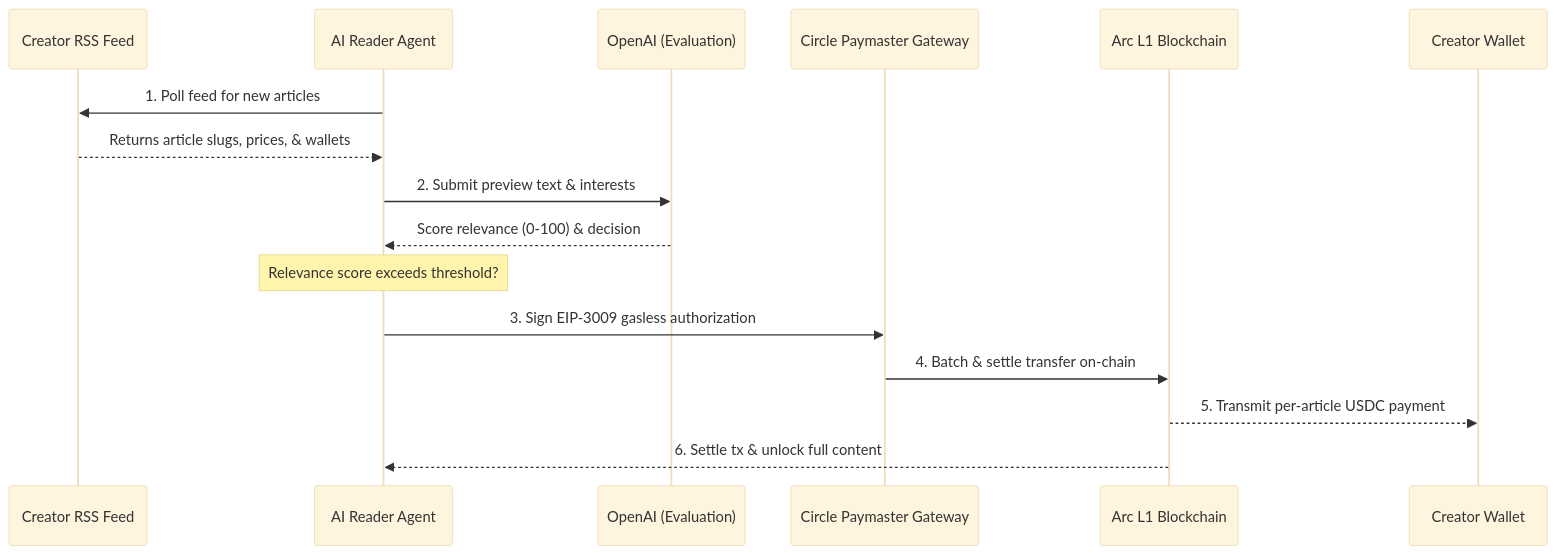
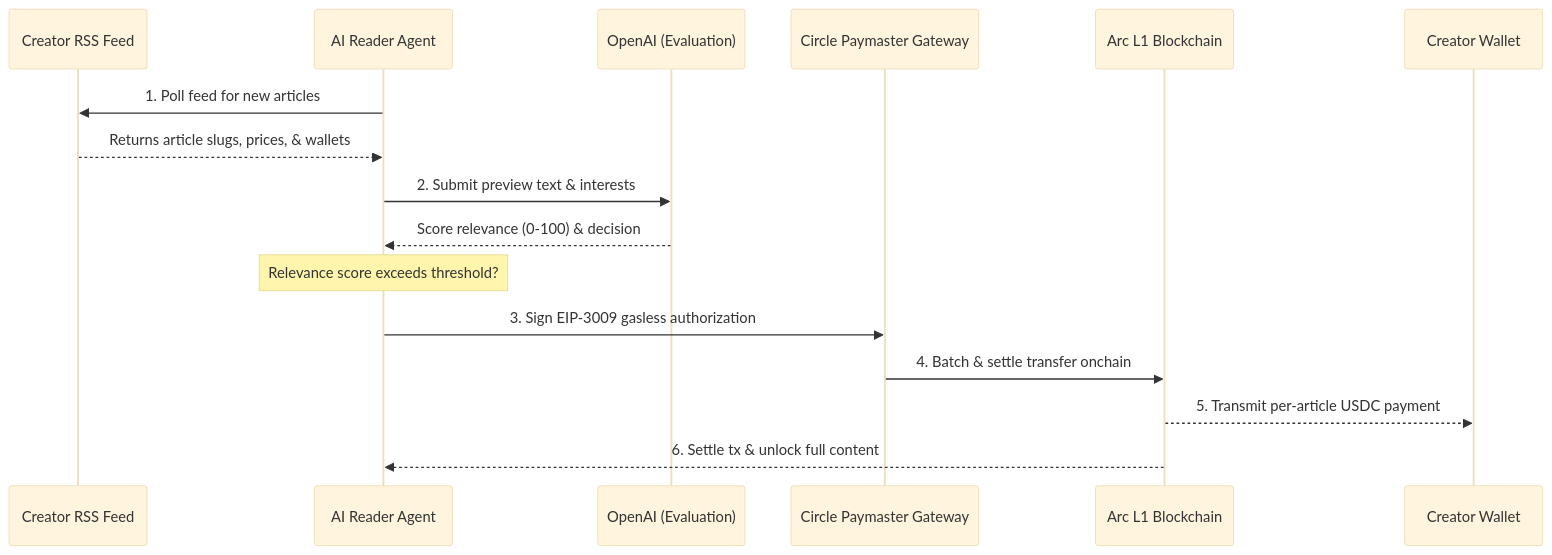
Before and after one commit to mrnetwork0001/Inktoll: the first of 2 diagrams in README.md, drawn with Mermaid (base theme). The commit also changed 15 other files, not shown here.

Commit message:
style: replace all occurrences of on-chain with onchain across the workspace

````diff
--- a/README.md
+++ b/README.md
@@ -67,19 +67,19 @@
 ```mermaid
 sequenceDiagram
     participant RSS as Creator RSS Feed
     participant Agent as AI Reader Agent
     participant LLM as OpenAI (Evaluation)
     participant Gateway as Circle Paymaster Gateway
     participant Chain as Arc L1 Blockchain
     participant Creator as Creator Wallet
 
     Agent->>RSS: 1. Poll feed for new articles
     RSS-->>Agent: Returns article slugs, prices, & wallets
     Agent->>LLM: 2. Submit preview text & interests
     LLM-->>Agent: Score relevance (0-100) & decision
     Note over Agent: Relevance score exceeds threshold?
     Agent->>Gateway: 3. Sign EIP-3009 gasless authorization
-    Gateway->>Chain: 4. Batch & settle transfer on-chain
+    Gateway->>Chain: 4. Batch & settle transfer onchain
     Chain-->>Creator: 5. Transmit per-article USDC payment
     Chain-->>Agent: 6. Settle tx & unlock full content
 ```
````
